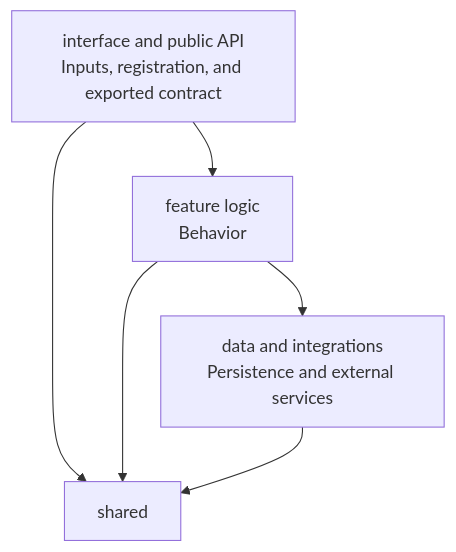
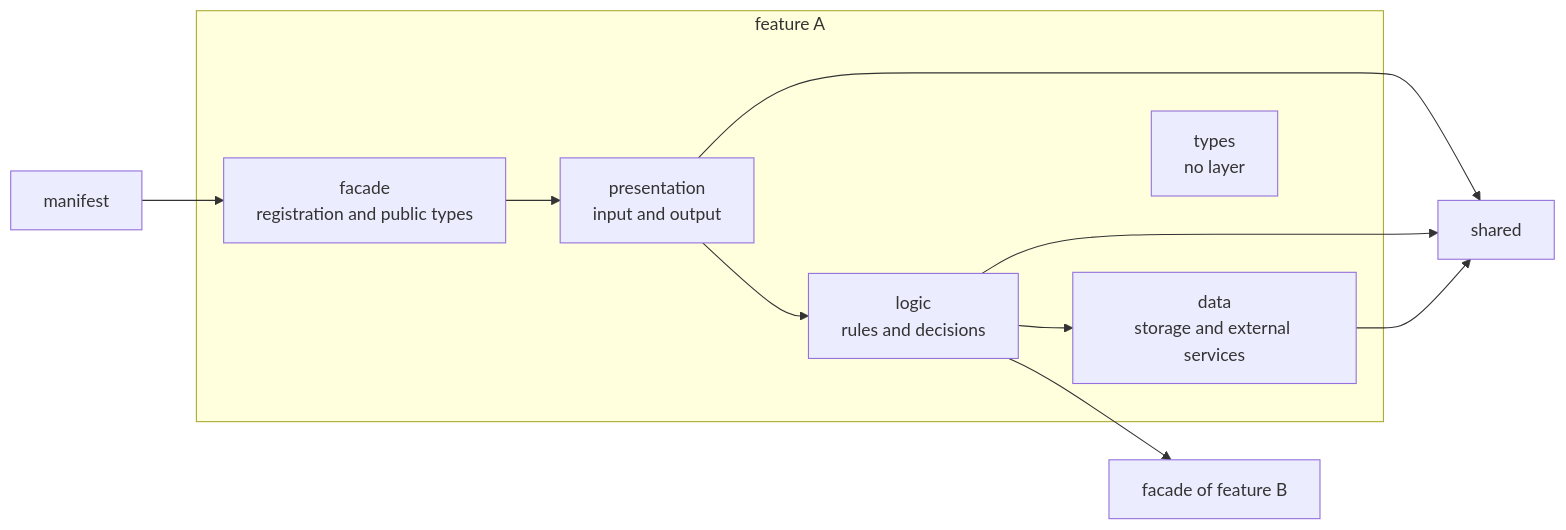
The third of 3 diagrams in docs/architect-system-foundation.md (AIDDbot/AIDDbot), drawn with Mermaid before and after one commit. The commit also changed other lines of this file and 4 other files, not shown here.

First line of the commit message:
refactor(skills): tighten /architect-system-foundation

````diff
--- a/docs/architect-system-foundation.md
+++ b/docs/architect-system-foundation.md
@@ -112,13 +98,22 @@
 ```mermaid
-flowchart TB
-    API[interface and public API<br/>Inputs, registration, and exported contract]
-    LOGIC[feature logic<br/>Behavior]
-    DATA[data and integrations<br/>Persistence and external services]
+flowchart LR
+    MANIFEST[manifest]
+    subgraph A[feature A]
+      FACADE[facade<br/>registration and public types]
+      PRES[presentation<br/>input and output]
+      LOGIC[logic<br/>rules and decisions]
+      DATA[data<br/>storage and external services]
+      TYPES[types<br/>no layer]
+    end
+    BFACADE[facade of feature B]
     SHARED[shared]
 
-    API --> LOGIC
+    MANIFEST --> FACADE
+    FACADE --> PRES
+    PRES --> LOGIC
     LOGIC --> DATA
-    API --> SHARED
+    LOGIC --> BFACADE
+    PRES --> SHARED
     LOGIC --> SHARED
     DATA --> SHARED
 ```
````
